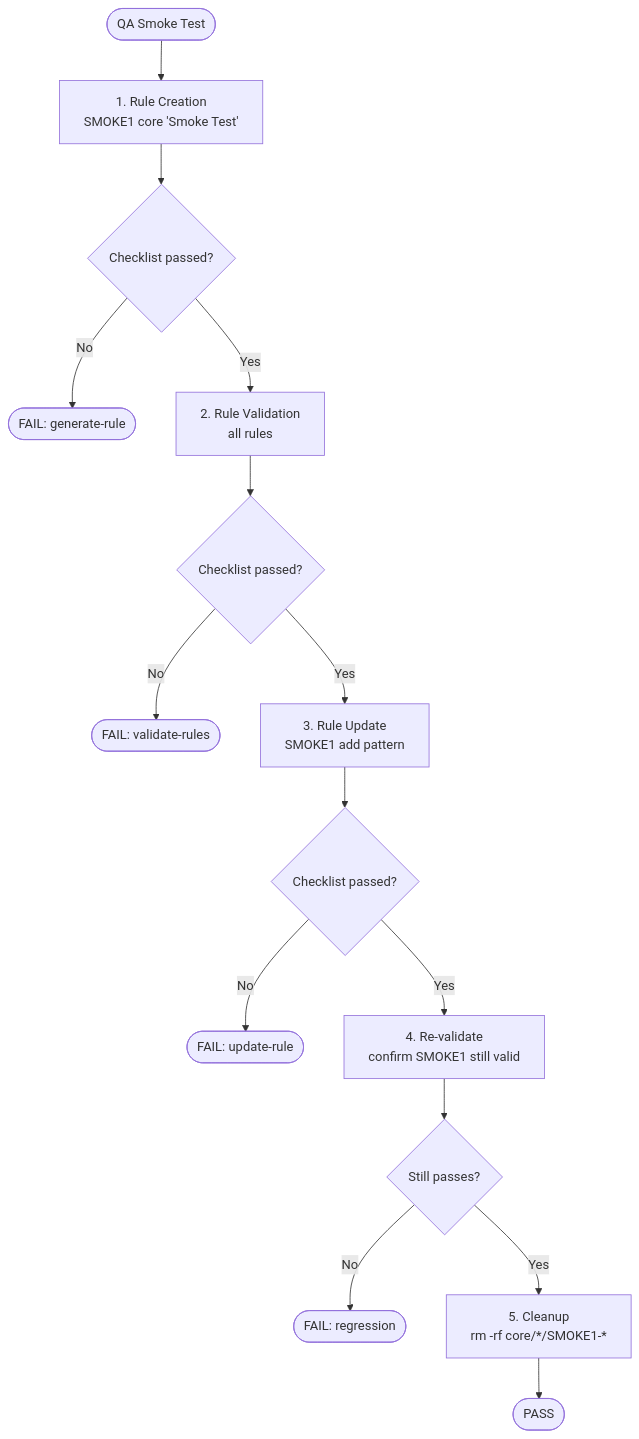
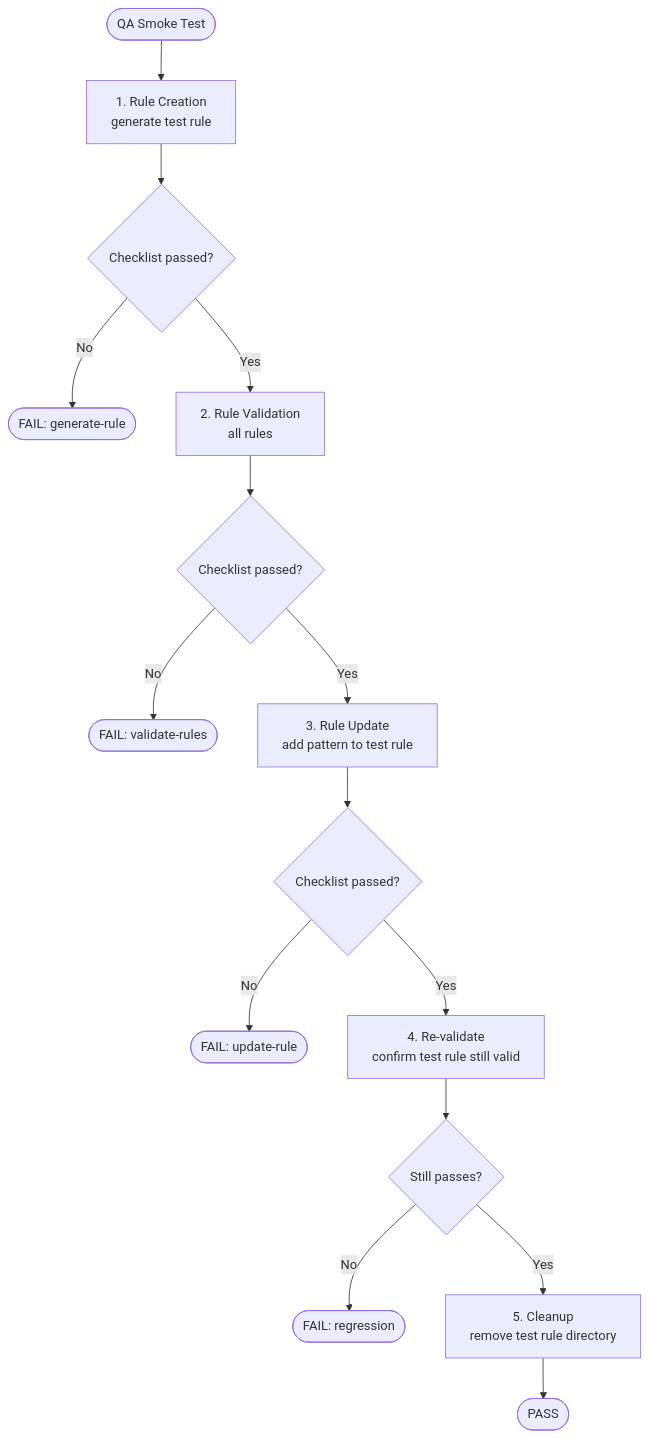
One commit to reporails/rules changed the diagram in .shared/workflows/qa-smoke-test.md. Above: the diagram before and after it, drawn with Mermaid. The commit also changed other lines of this file and 20 other files, not shown here.

````diff
--- a/.shared/workflows/qa-smoke-test.md
+++ b/.shared/workflows/qa-smoke-test.md
@@ -5,17 +5,17 @@
 ```mermaid
 flowchart TD
-    START([QA Smoke Test]) --> GEN[1. Rule Creation<br/>SMOKE1 core 'Smoke Test']
+    START([QA Smoke Test]) --> GEN[1. Rule Creation<br/>generate test rule]
     GEN --> CHECK1{Checklist passed?}
     CHECK1 -->|No| FAIL1([FAIL: generate-rule])
     CHECK1 -->|Yes| VAL[2. Rule Validation<br/>all rules]
     VAL --> CHECK2{Checklist passed?}
     CHECK2 -->|No| FAIL2([FAIL: validate-rules])
-    CHECK2 -->|Yes| UPD[3. Rule Update<br/>SMOKE1 add pattern]
+    CHECK2 -->|Yes| UPD[3. Rule Update<br/>add pattern to test rule]
     UPD --> CHECK3{Checklist passed?}
     CHECK3 -->|No| FAIL3([FAIL: update-rule])
-    CHECK3 -->|Yes| REVAL[4. Re-validate<br/>confirm SMOKE1 still valid]
+    CHECK3 -->|Yes| REVAL[4. Re-validate<br/>confirm test rule still valid]
     REVAL --> CHECK4{Still passes?}
     CHECK4 -->|No| FAIL4([FAIL: regression])
-    CHECK4 -->|Yes| CLEANUP[5. Cleanup<br/>rm -rf core/*/SMOKE1-*]
+    CHECK4 -->|Yes| CLEANUP[5. Cleanup<br/>remove test rule directory]
     CLEANUP --> PASS([PASS])
 ```
````
